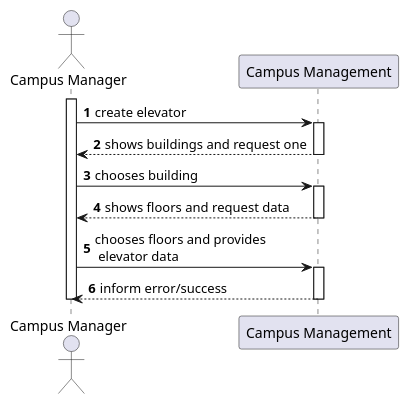
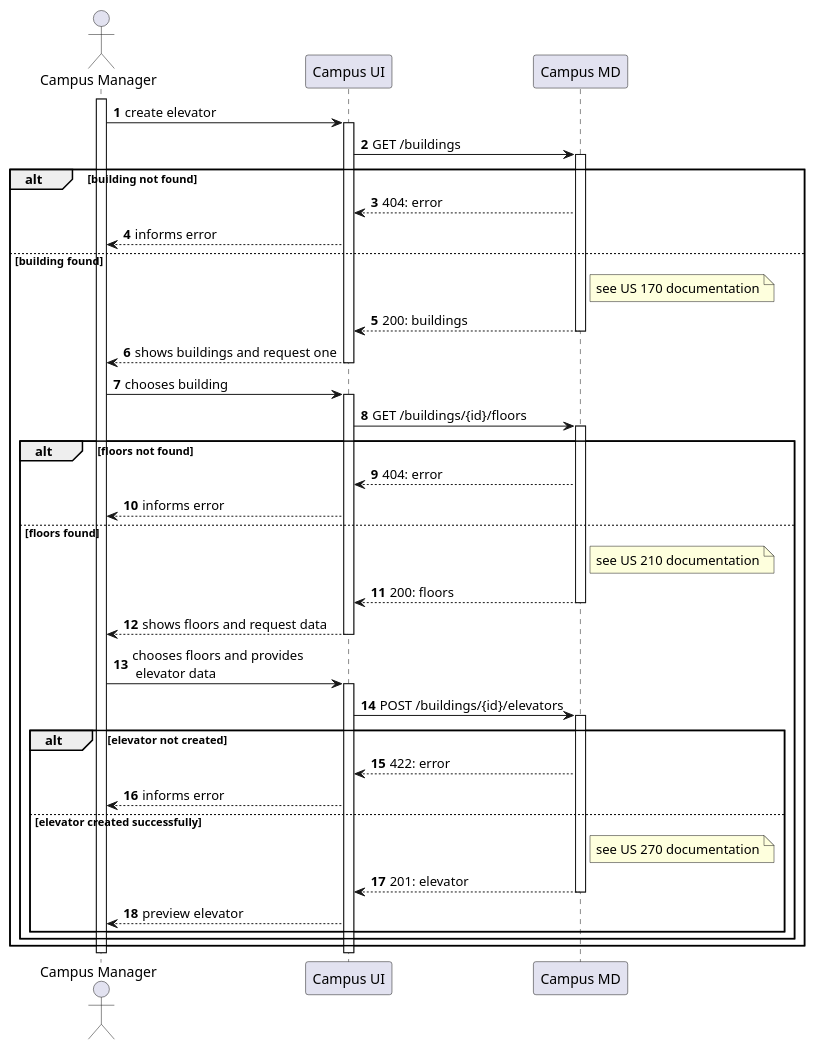
One commit to Departamento-de-Engenharia-Informatica/lapr5-23-24-g19 changed the diagram in docs/us1130/level2/process-view.puml. Above: the diagram before and after it, drawn with PlantUML. The commit also changed 5 other files, not shown here.

```diff
--- a/docs/us1130/level2/process-view.puml
+++ b/docs/us1130/level2/process-view.puml
@@ -1,26 +1,64 @@
 @startuml
 autonumber
 
 actor "Campus Manager" as usr
 
-participant "Campus Management" as mng
+participant "Campus UI" as ui
+participant "Campus MD" as md
 
 activate usr
-    usr -> mng : create elevator
-    activate mng
-        mng --> usr : shows buildings and request one
-    deactivate mng
+    usr -> ui : create elevator
+    activate ui
+        ui -> md : GET /buildings
+        activate md
 
-    usr -> mng : chooses building
-    activate mng
-        mng --> usr: shows floors and request data
+         alt building not found
+                md --> ui : 404: error
+                ui --> usr :  informs error
+         else building found
+            note right of md : see US 170 documentation
+            md --> ui : 200: buildings
+            deactivate md
 
-    deactivate mng
+        ui --> usr : shows buildings and request one
+    deactivate ui
 
-    usr -> mng : chooses floors and provides\n elevator data
-    activate mng
-    mng --> usr : inform error/success
-    deactivate mng
+    usr -> ui : chooses building
+    activate ui
+        ui -> md : GET /buildings/{id}/floors
+        activate md
+
+        alt floors not found
+                md --> ui : 404: error
+                ui --> usr :  informs error
+        else floors found
+
+            note right of md : see US 210 documentation
+            md --> ui : 200: floors
+        deactivate md
+
+        ui --> usr : shows floors and request data
+    deactivate ui
+
+    usr -> ui: chooses floors and provides\n elevator data
+    activate ui
+        ui -> md : POST /buildings/{id}/elevators
+        activate md
+
+            alt elevator not created
+                 md --> ui : 422: error
+                 ui --> usr :  informs error
+            else elevator created successfully
+
+
+            note right of md : see US 270 documentation
+            md --> ui : 201: elevator
+        deactivate md
+        ui --> usr : preview elevator
+        end
+    end
+end
+    deactivate ui
 deactivate usr
 
 @enduml
```
